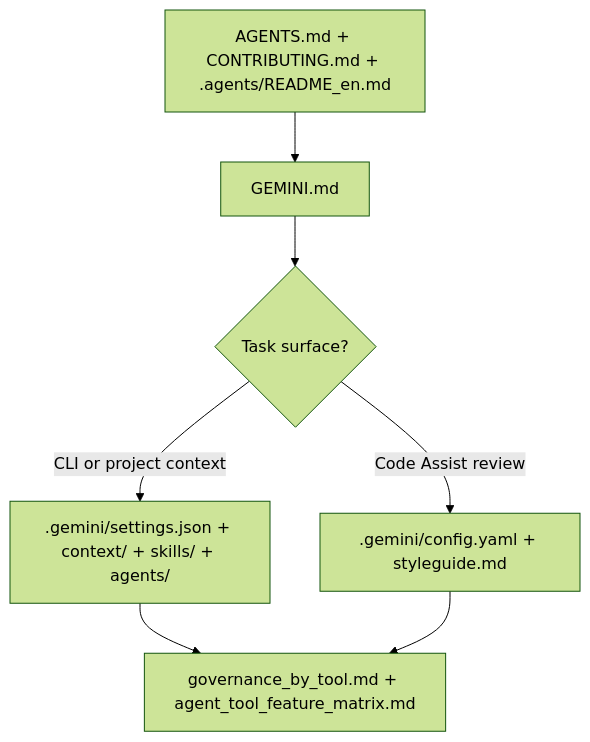
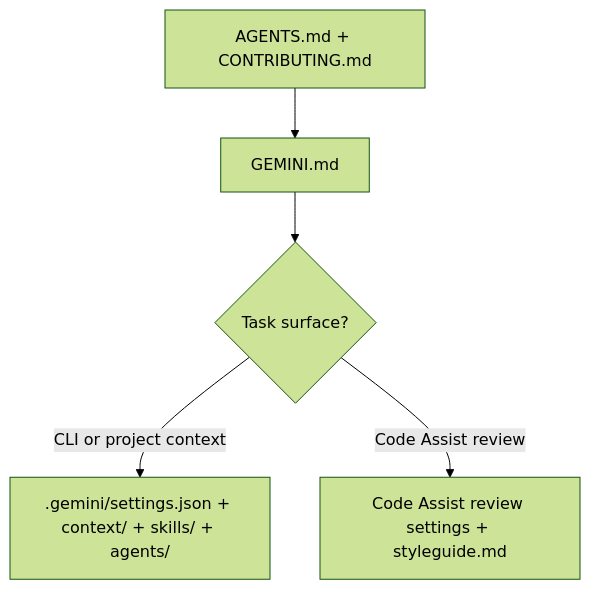
The diagram in GEMINI.md (ARUP-CAS/aiscr-digiarchiv-2), drawn with Mermaid (forest theme) before and after one commit. The commit also changed other lines of this file and 176 other files, not shown here.

````diff
--- a/GEMINI.md
+++ b/GEMINI.md
@@ -25,16 +23,13 @@
 ```mermaid
 flowchart TD
-  shared["AGENTS.md + CONTRIBUTING.md + .agents/README_en.md"]
+  shared["AGENTS.md + CONTRIBUTING.md"]
   entry["GEMINI.md"]
   task{"Task surface?"}
   cli[".gemini/settings.json + context/ + skills/ + agents/"]
-  review[".gemini/config.yaml + styleguide.md"]
-  map["governance_by_tool.md + agent_tool_feature_matrix.md"]
+  review["Code Assist review settings + styleguide.md"]
 
   shared --> entry
   entry --> task
   task -->|CLI or project context| cli
   task -->|Code Assist review| review
-  cli --> map
-  review --> map
 ```
````
